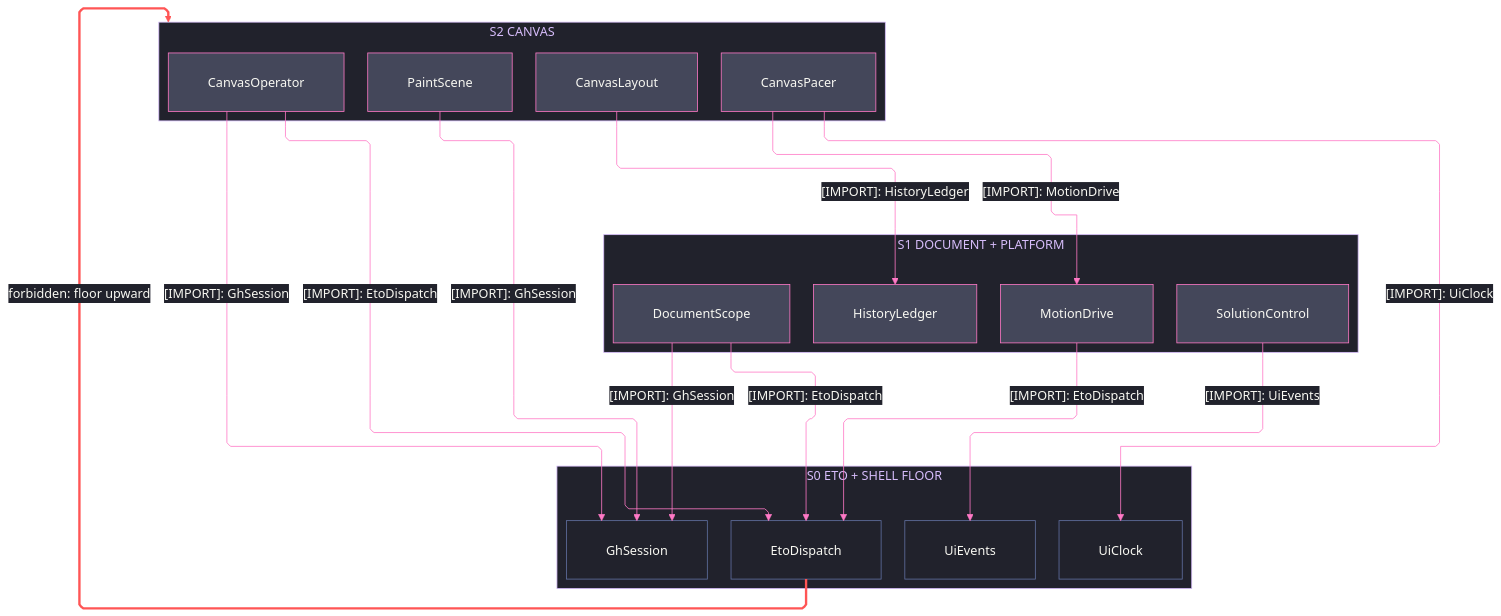
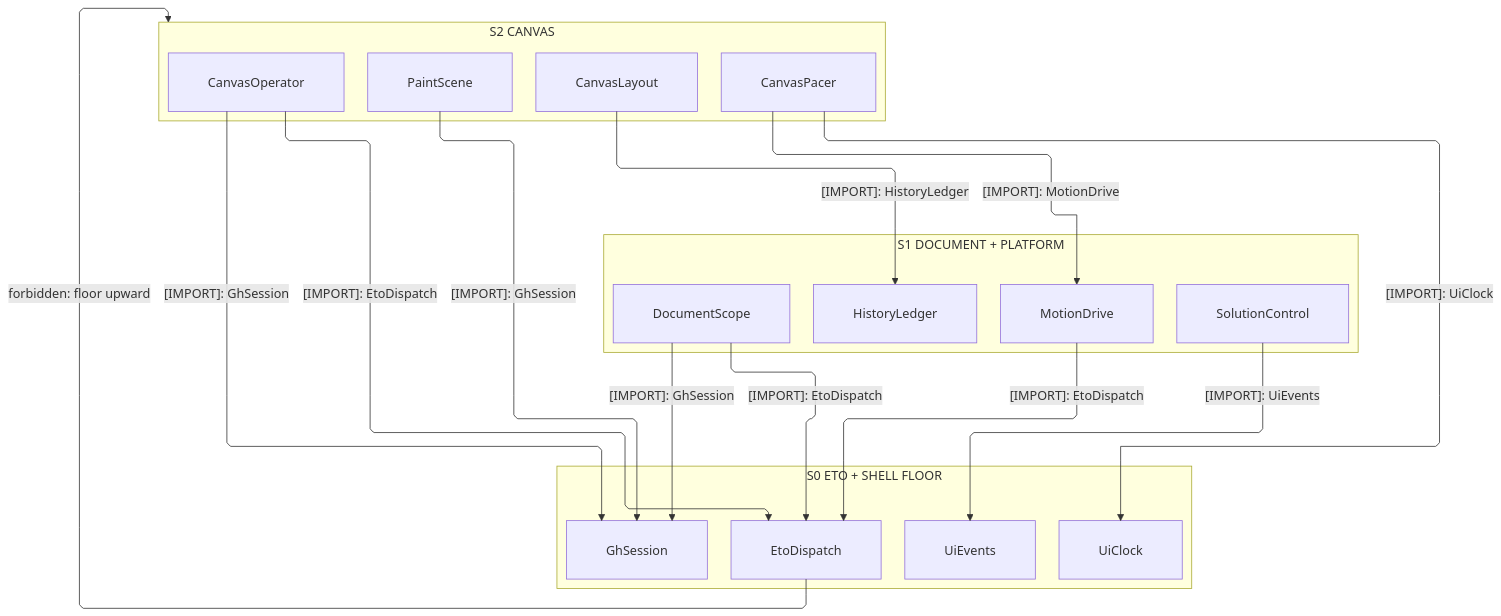
The first of 3 diagrams in libs/csharp/Rasm.Grasshopper/ARCHITECTURE.md (bsamiee/Rasm), drawn with Mermaid before and after one commit. The commit also changed other lines of this file and 460 other files, not shown here.

````diff
--- a/libs/csharp/Rasm.Grasshopper/ARCHITECTURE.md
+++ b/libs/csharp/Rasm.Grasshopper/ARCHITECTURE.md
@@ -53,68 +53,41 @@
 ```mermaid
 ---
 config:
-  theme: base
-  look: classic
   layout: elk
   flowchart:
     curve: linear
     padding: 25
-  themeVariables:
-    darkMode: true
-    fontFamily: "SF Mono, Menlo, Cascadia Mono, Segoe UI Mono, Consolas, monospace"
-    useGradient: false
-    dropShadow: "none"
-    background: "#282A36"
-    primaryColor: "#44475A"
-    primaryTextColor: "#F8F8F2"
-    primaryBorderColor: "#BD93F9"
-    lineColor: "#FF79C6"
-    textColor: "#F8F8F2"
-    clusterBkg: "#21222C"
-    clusterBorder: "#D6BCFA"
-    edgeLabelBackground: "#21222C"
-    labelBackgroundColor: "#21222C"
-    titleColor: "#D6BCFA"
-  themeCSS: ".nodeLabel{font-size:13px;font-weight:500}.edgeLabel{font-size:12px;font-weight:500}.cluster-label .nodeLabel{font-size:13.5px;font-weight:700;letter-spacing:.08em}.edge-thickness-normal{stroke-width:2px}.edge-thickness-thick{stroke-width:3px}.edge-pattern-dashed,.edge-pattern-dotted{stroke-width:1.5px;stroke-dasharray:4 6}.node rect,.node circle,.node polygon,.node path,.node .outer-path{stroke-width:1.5px;filter:none!important}.cluster rect{stroke-width:1px!important;stroke-dasharray:5 4!important;filter:none!important}.marker path{transform:scale(.8);transform-origin:5px 5px}.marker circle{transform:scale(.48);transform-origin:5px 5px}.edgeLabel rect{transform-box:fill-box;transform-origin:center;transform:scale(1.1,1.2)}"
 ---
 flowchart TB
     accTitle: Rasm.Grasshopper interior strata
-    accDescr: Three stacked strata from the canvas owner through the document and platform composers onto the co-recursive Eto-Shell UI-thread floor, every consumption edge downward and solid naming one sourced type, and one forbidden upward edge styled red.
+    accDescr: Three stacked strata from the canvas owner through the document and platform composers onto the co-recursive Eto-Shell UI-thread floor, every consumption edge downward naming one sourced type, and the one forbidden direction marked at the floor.
     subgraph L2["S2 CANVAS"]
         Operator[CanvasOperator]
         Paint[PaintScene]
         Layout[CanvasLayout]
         Pacer[CanvasPacer]
     end
     subgraph L1["S1 DOCUMENT + PLATFORM"]
         Scope[DocumentScope]
         Ledger[HistoryLedger]
         Solution[SolutionControl]
         Drive[MotionDrive]
     end
     subgraph L0["S0 ETO + SHELL FLOOR"]
         Session[GhSession]
         Dispatch[EtoDispatch]
         Clock[UiClock]
         Events[UiEvents]
     end
-    Operator e1@-->|"[IMPORT]: GhSession"| Session
-    Operator e2@-->|"[IMPORT]: EtoDispatch"| Dispatch
-    Layout e3@-->|"[IMPORT]: HistoryLedger"| Ledger
-    Paint e4@-->|"[IMPORT]: GhSession"| Session
-    Pacer e5@-->|"[IMPORT]: MotionDrive"| Drive
-    Pacer e6@-->|"[IMPORT]: UiClock"| Clock
-    Scope e7@-->|"[IMPORT]: GhSession"| Session
-    Scope e8@-->|"[IMPORT]: EtoDispatch"| Dispatch
-    Solution e9@-->|"[IMPORT]: UiEvents"| Events
-    Drive e10@-->|"[IMPORT]: EtoDispatch"| Dispatch
-    Dispatch f1@-->|"forbidden: floor upward"| L2
-    classDef primary fill:#44475A,stroke:#FF79C6,color:#F8F8F2
-    classDef recessed fill:#21222C,stroke:#6272A4,color:#F8F8F2
-    classDef edgeControl stroke:#FF79C6,color:#F8F8F2
-    classDef edgeError stroke:#FF5555,stroke-width:3px,color:#F8F8F2
-    class Operator,Paint,Layout,Pacer,Scope,Ledger,Solution,Drive primary
-    class Dispatch,Clock,Session,Events recessed
-    class e1,e2,e3,e4,e5,e6,e7,e8,e9,e10 edgeControl
-    class f1 edgeError
+    Operator -->|"[IMPORT]: GhSession"| Session
+    Operator -->|"[IMPORT]: EtoDispatch"| Dispatch
+    Layout -->|"[IMPORT]: HistoryLedger"| Ledger
+    Paint -->|"[IMPORT]: GhSession"| Session
+    Pacer -->|"[IMPORT]: MotionDrive"| Drive
+    Pacer -->|"[IMPORT]: UiClock"| Clock
+    Scope -->|"[IMPORT]: GhSession"| Session
+    Scope -->|"[IMPORT]: EtoDispatch"| Dispatch
+    Solution -->|"[IMPORT]: UiEvents"| Events
+    Drive -->|"[IMPORT]: EtoDispatch"| Dispatch
+    Dispatch -->|"forbidden: floor upward"| L2
 ```
````
